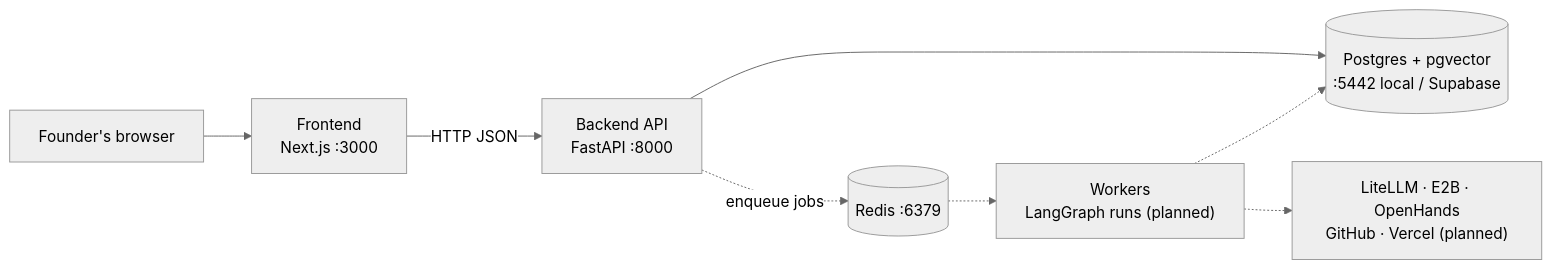
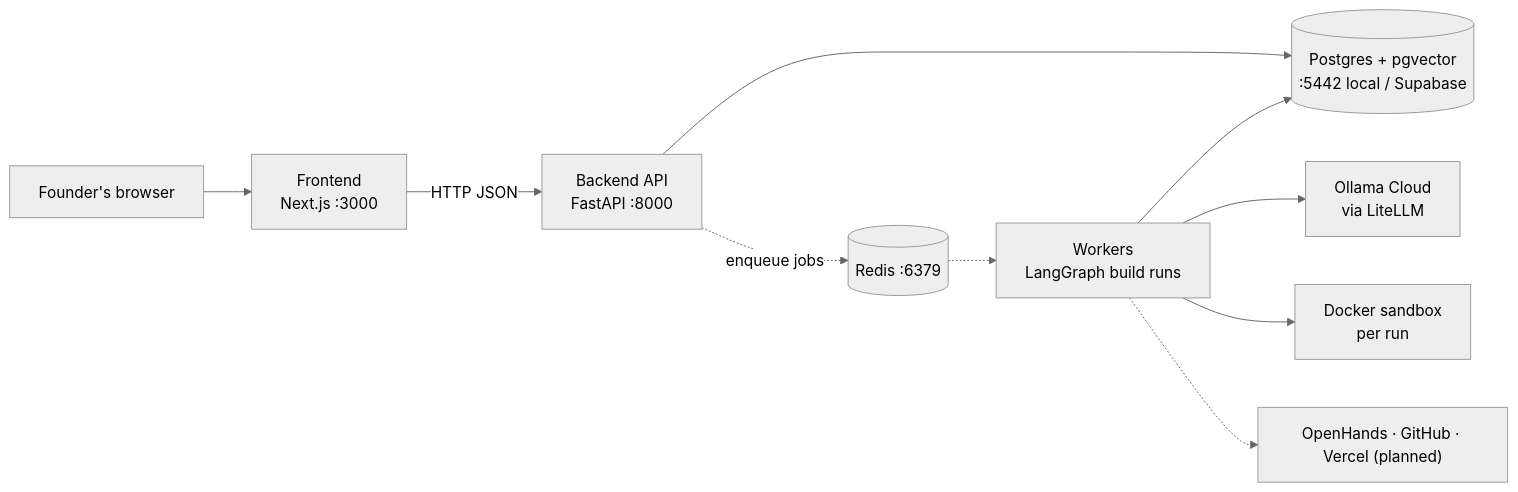
Before and after one commit to medhalabs/MedhKarm: the first of 2 diagrams in docs/technical/overview.md, drawn with Mermaid (neutral theme). The commit also changed other lines of this file and 60 other files, not shown here.

````diff
--- a/docs/technical/overview.md
+++ b/docs/technical/overview.md
@@ -9,10 +9,12 @@
 ```mermaid
 flowchart LR
     Browser["Founder's browser"] --> FE["Frontend<br/>Next.js :3000"]
     FE -->|HTTP JSON| API["Backend API<br/>FastAPI :8000"]
     API --> DB[("Postgres + pgvector<br/>:5442 local / Supabase")]
     API -.->|enqueue jobs| Redis[("Redis :6379")]
-    Redis -.-> Worker["Workers<br/>LangGraph runs (planned)"]
-    Worker -.-> DB
-    Worker -.-> Ext["LiteLLM · E2B · OpenHands<br/>GitHub · Vercel (planned)"]
+    Redis -.-> Worker["Workers<br/>LangGraph build runs"]
+    Worker --> DB
+    Worker --> Ollama["Ollama Cloud<br/>via LiteLLM"]
+    Worker --> Sandbox["Docker sandbox<br/>per run"]
+    Worker -.-> Ext["OpenHands · GitHub · Vercel (planned)"]
 ```
````
